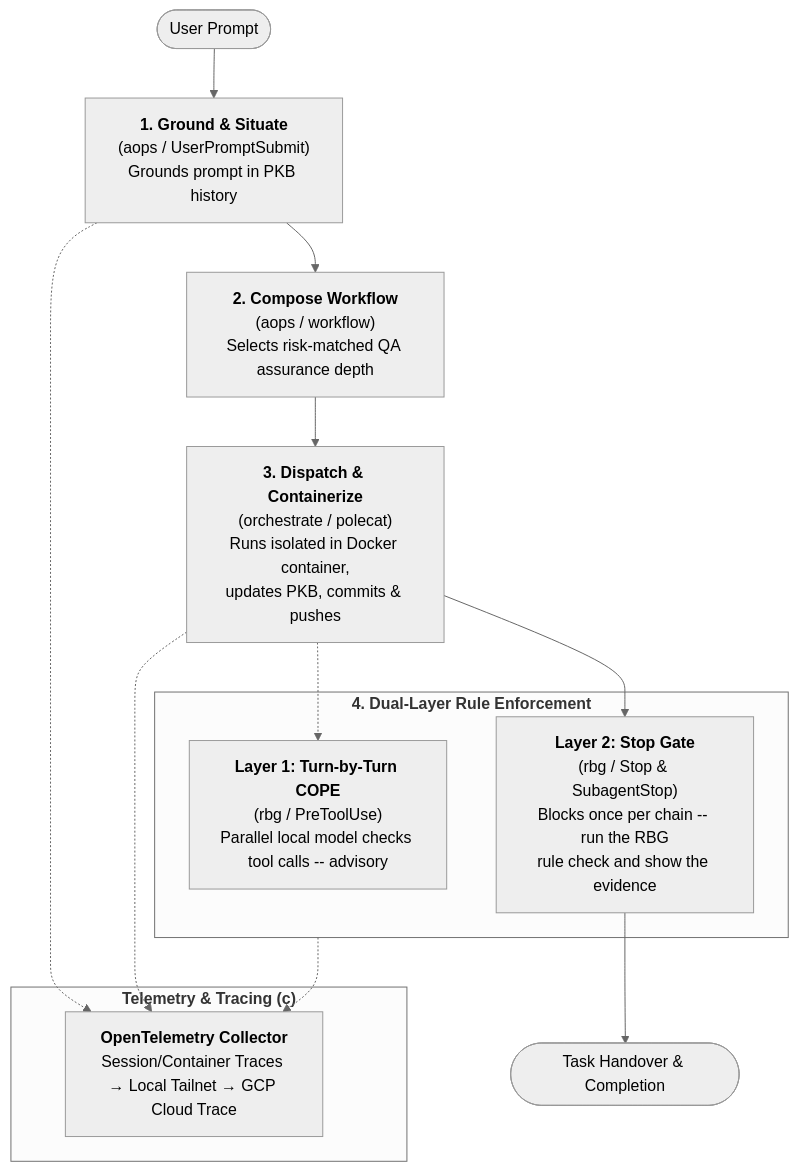
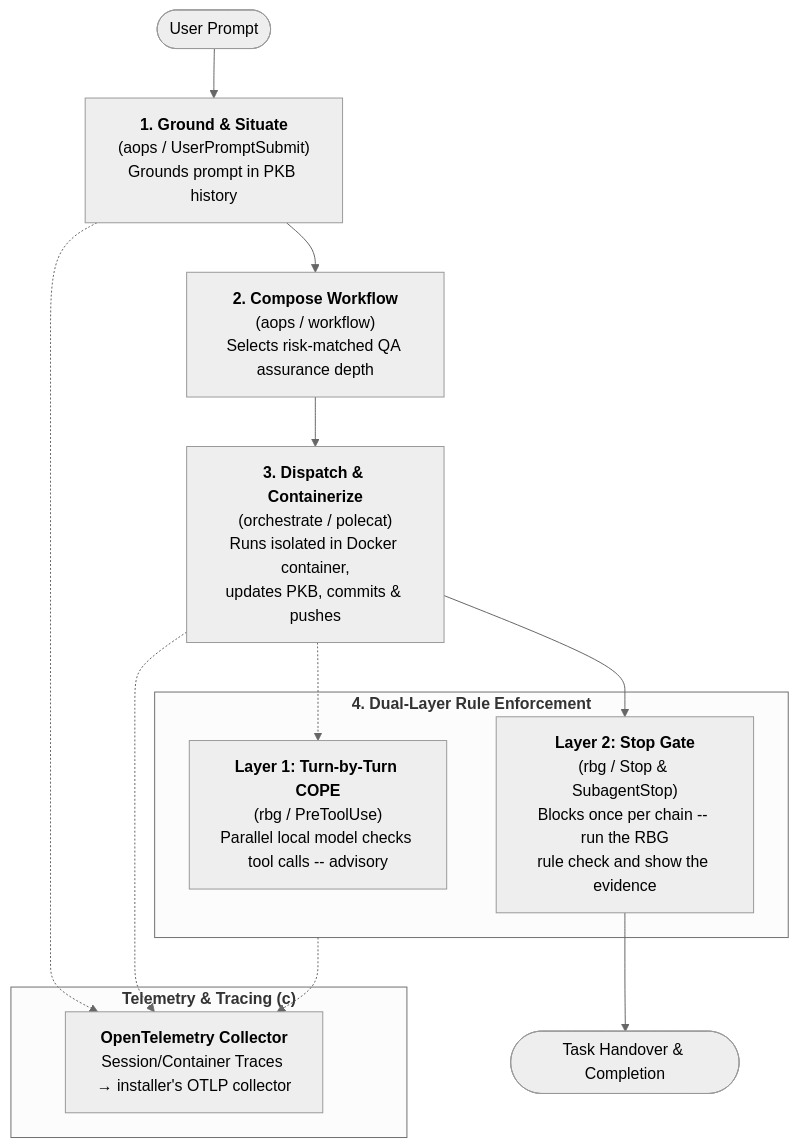
One commit to nicsuzor/academicOps changed the diagram in README.md. Above: the diagram before and after it, drawn with Mermaid (neutral theme). The commit also changed other lines of this file and 73 other files, not shown here.

````diff
--- a/README.md
+++ b/README.md
@@ -14,23 +14,23 @@
 ```mermaid
 flowchart TD
     U([User Prompt]) --> P1["<b>1. Ground & Situate</b><br/>(aops / UserPromptSubmit)<br/>Grounds prompt in PKB history"]
     P1 --> P2["<b>2. Compose Workflow</b><br/>(aops / workflow)<br/>Selects risk-matched QA assurance depth"]
     P2 --> P3["<b>3. Dispatch & Containerize</b><br/>(orchestrate / polecat)<br/>Runs isolated in Docker container,<br/>updates PKB, commits & pushes"]
     
     subgraph Enforcement["<b>4. Dual-Layer Rule Enforcement</b>"]
         E1["<b>Layer 1: Turn-by-Turn COPE</b><br/>(rbg / PreToolUse)<br/>Parallel local model checks tool calls -- advisory"]
         E2["<b>Layer 2: Stop Gate</b><br/>(rbg / Stop & SubagentStop)<br/>Blocks once per chain -- run the RBG<br/>rule check and show the evidence"]
     end
 
     P3 -.-> E1
     P3 --> E2
     E2 --> F([Task Handover & Completion])
 
     subgraph Tracing["<b>Telemetry & Tracing (c)</b>"]
-        OTEL["<b>OpenTelemetry Collector</b><br/>Session/Container Traces → Local Tailnet → GCP Cloud Trace"]
+        OTEL["<b>OpenTelemetry Collector</b><br/>Session/Container Traces → installer's OTLP collector"]
     end
 
     P1 -.-> OTEL
     P3 -.-> OTEL
     Enforcement -.-> OTEL
 ```
````
